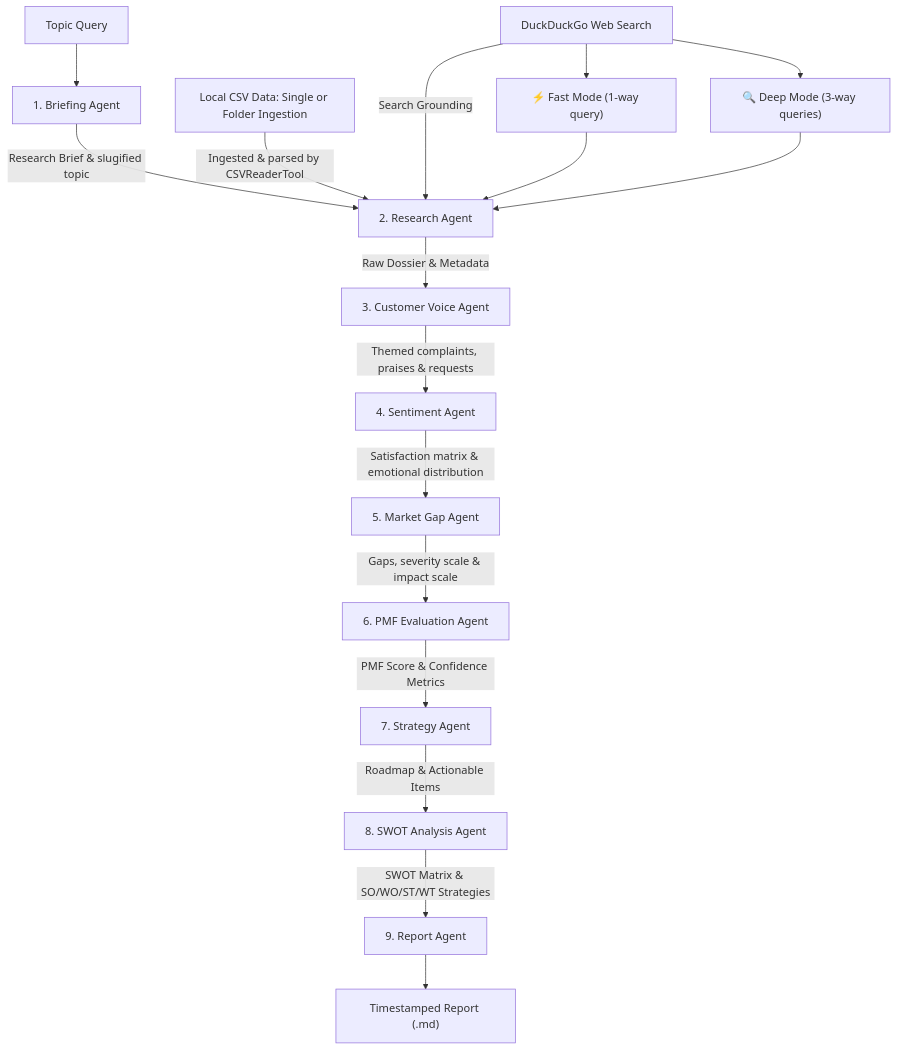
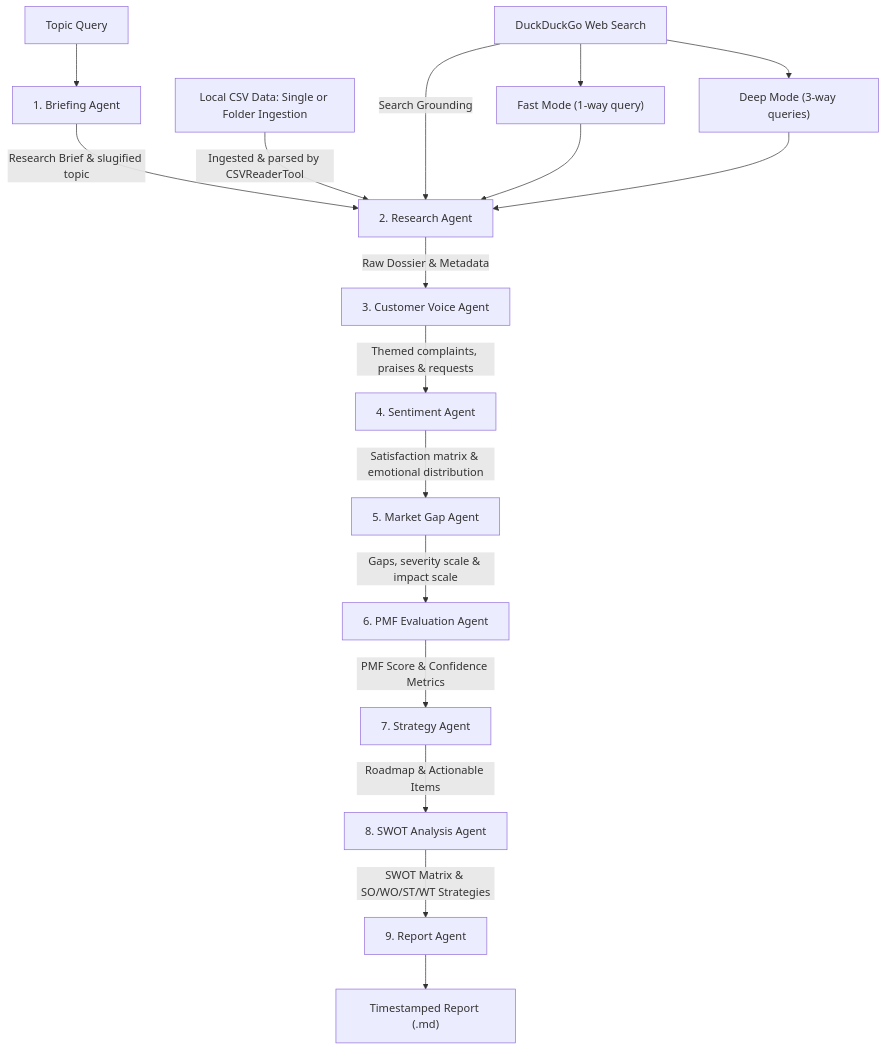
One commit to addysiddiqui7/PMFNavigator-AI changed the diagram in README.md. Above: the diagram before and after it, drawn with Mermaid. The commit also changed other lines of this file, not shown here.

````diff
--- a/README.md
+++ b/README.md
@@ -39,31 +43,31 @@
 ```mermaid
 graph TD
     Input[Topic Query] --> Stage1[1. Briefing Agent]
     Stage1 -->|Research Brief & slugified topic| Stage2[2. Research Agent]
     
     %% Input Sources Branch
     CSV["Local CSV Data: Single or Folder Ingestion"] -->|Ingested & parsed by CSVReaderTool| Stage2
     Search["DuckDuckGo Web Search"] -->|Search Grounding| Stage2
     
     %% Search Modes Branch
-    Search --> Fast["⚡ Fast Mode (1-way query)"]
-    Search --> Deep["🔍 Deep Mode (3-way queries)"]
+    Search --> Fast["Fast Mode (1-way query)"]
+    Search --> Deep["Deep Mode (3-way queries)"]
     Fast --> Stage2
     Deep --> Stage2
     
     %% Research & Extraction
     Stage2 -->|Raw Dossier & Metadata| Stage3[3. Customer Voice Agent]
     Stage3 -->|Themed complaints, praises & requests| Stage4[4. Sentiment Agent]
     
     %% Analysis & Opportunity
     Stage4 -->|Satisfaction matrix & emotional distribution| Stage5[5. Market Gap Agent]
     Stage5 -->|Gaps, severity scale & impact scale| Stage6[6. PMF Evaluation Agent]
     
     %% Strategy & SWOT
     Stage6 -->|PMF Score & Confidence Metrics| Stage7[7. Strategy Agent]
     Stage7 -->|Roadmap & Actionable Items| Stage8[8. SWOT Analysis Agent]
     
     %% Report Output
     Stage8 -->|SWOT Matrix & SO/WO/ST/WT Strategies| Stage9[9. Report Agent]
     Stage9 --> OutputFile["Timestamped Report (.md)"]
 ```
````
